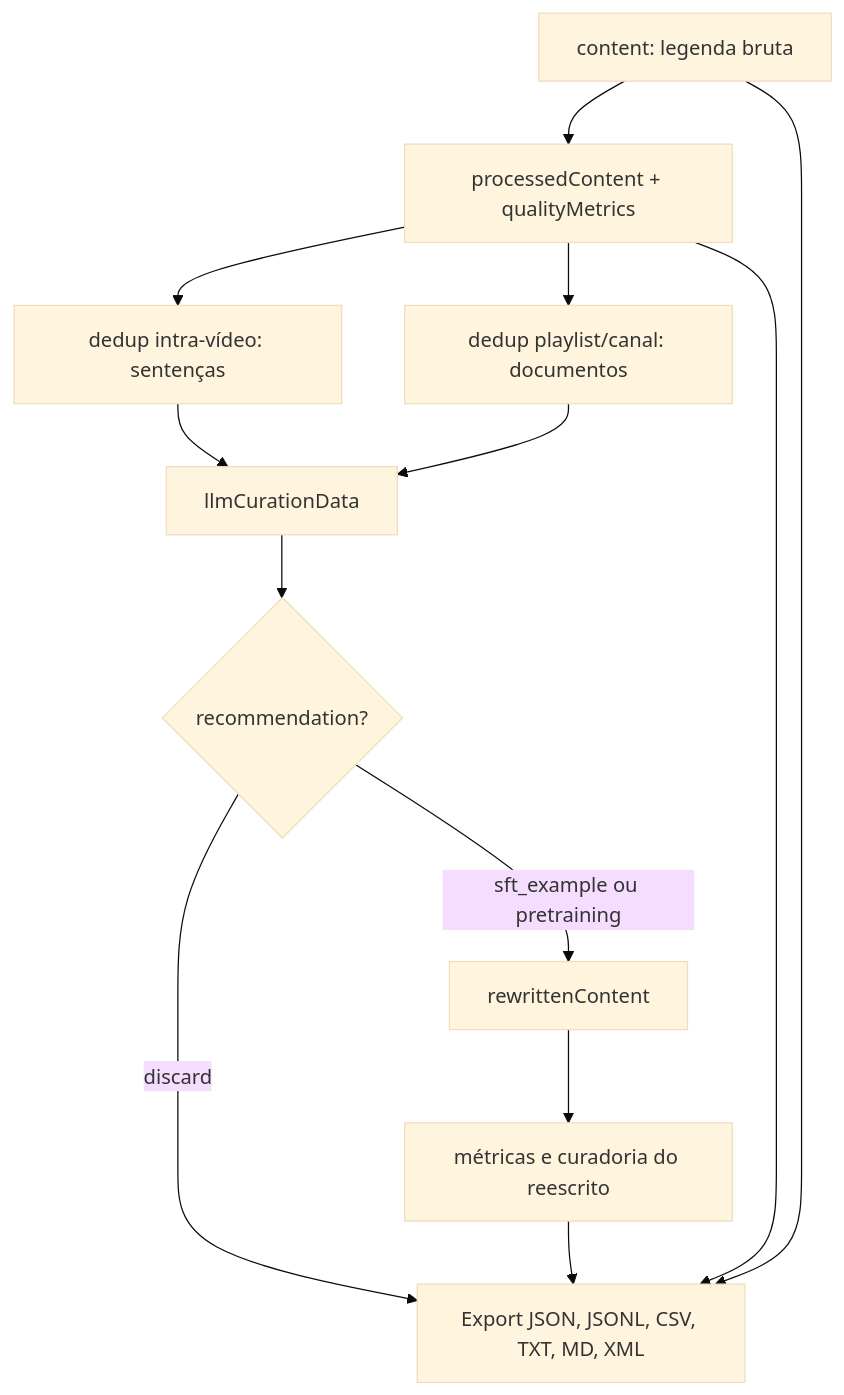
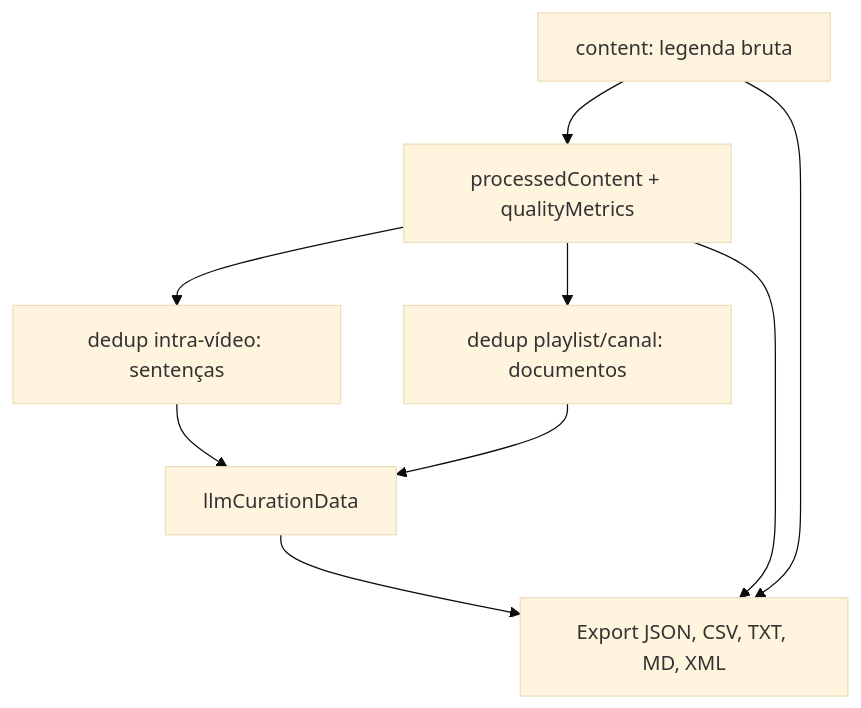
Before and after one commit to MiguelBizzi/transcribe-x: the third of 3 diagrams in docs/ARQUITETURA_E_METODOLOGIA.md, drawn with Mermaid (base theme). The commit also changed other lines of this file and 31 other files, not shown here.

````diff
--- a/docs/ARQUITETURA_E_METODOLOGIA.md
+++ b/docs/ARQUITETURA_E_METODOLOGIA.md
@@ -264,25 +259,18 @@
 ```mermaid
 flowchart TD
     raw[content: legenda bruta]
     clean[processedContent + qualityMetrics]
     dedupV[dedup intra-vídeo: sentenças]
     dedupP[dedup playlist/canal: documentos]
     curate[llmCurationData]
-    discard{recommendation?}
-    wrap[rewrittenContent]
-    metrics2[métricas e curadoria do reescrito]
-    export[Export JSON, JSONL, CSV, TXT, MD, XML]
+    export[Export JSON, CSV, TXT, MD, XML]
 
     raw --> clean
     clean --> dedupV
     clean --> dedupP
     dedupV --> curate
     dedupP --> curate
-    curate --> discard
-    discard -->|discard| export
-    discard -->|sft_example ou pretraining| wrap
-    wrap --> metrics2
-    metrics2 --> export
+    curate --> export
     clean --> export
     raw --> export
 ```
````
